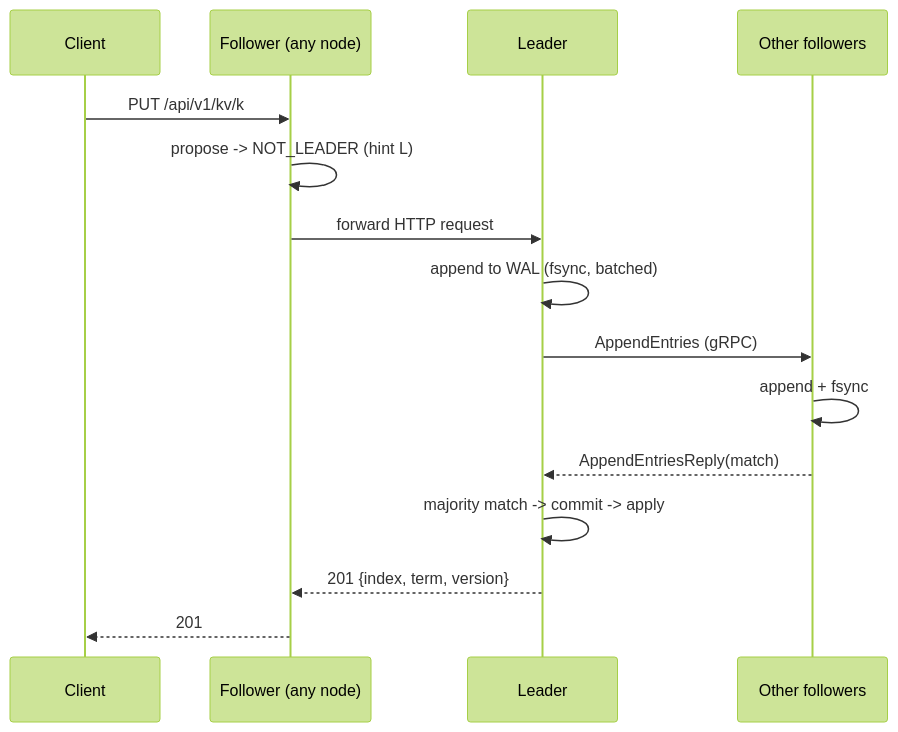
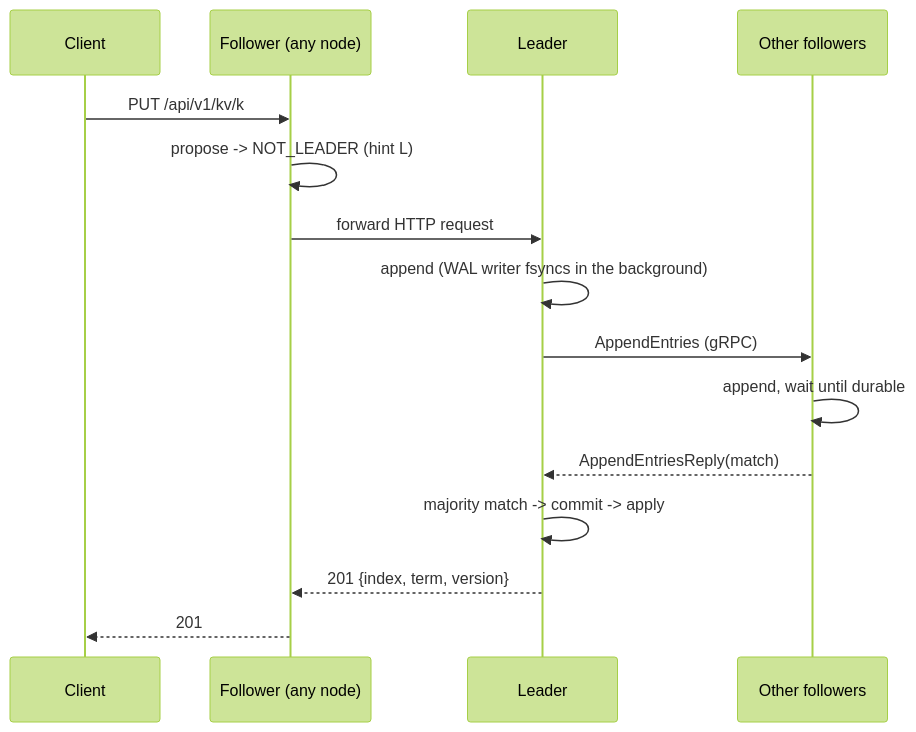
Before and after one commit to TrulyAchyuth/QuorumDB: the third of 4 diagrams in ARCHITECTURE.md, drawn with Mermaid (forest theme). The commit also changed other lines of this file and 9 other files, not shown here.

````diff
--- a/ARCHITECTURE.md
+++ b/ARCHITECTURE.md
@@ -67,17 +69,17 @@
 ```mermaid
 sequenceDiagram
   participant C as Client
   participant F as Follower (any node)
   participant L as Leader
   participant P as Other followers
   C->>F: PUT /api/v1/kv/k
   F->>F: propose -> NOT_LEADER (hint L)
   F->>L: forward HTTP request
-  L->>L: append to WAL (fsync, batched)
+  L->>L: append (WAL writer fsyncs in the background)
   L->>P: AppendEntries (gRPC)
-  P->>P: append + fsync
+  P->>P: append, wait until durable
   P-->>L: AppendEntriesReply(match)
   L->>L: majority match -> commit -> apply
   L-->>F: 201 {index, term, version}
   F-->>C: 201
 ```
````
